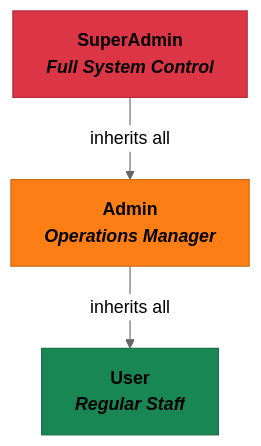
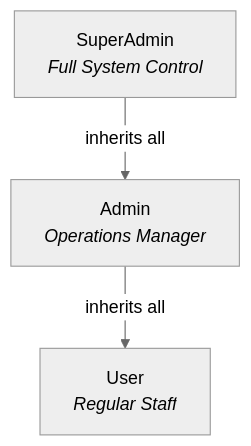
One commit to aminabibi19961996-gif/LostAndFoundApp changed the first of 9 diagrams in README.md. Above: the diagram before and after it, drawn with Mermaid (neutral theme). The commit also changed other lines of this file, not shown here.

Commit message:
fix: remove custom Mermaid colors for GitHub theme compatibility

````diff
--- a/README.md
+++ b/README.md
@@ -137,13 +137,10 @@
 ```mermaid
 graph TD
  SA["SuperAdmin<br/><i>Full System Control</i>"]
  A["Admin<br/><i>Operations Manager</i>"]
  U["User<br/><i>Regular Staff</i>"]
 
  SA -->|"inherits all"| A
  A -->|"inherits all"| U
 
- style SA fill:#dc3545,stroke:#b02a37,color:#000,font-weight:bold
- style A fill:#fd7e14,stroke:#ca6510,color:#000,font-weight:bold
- style U fill:#198754,stroke:#146c43,color:#000,font-weight:bold
 ```
````
